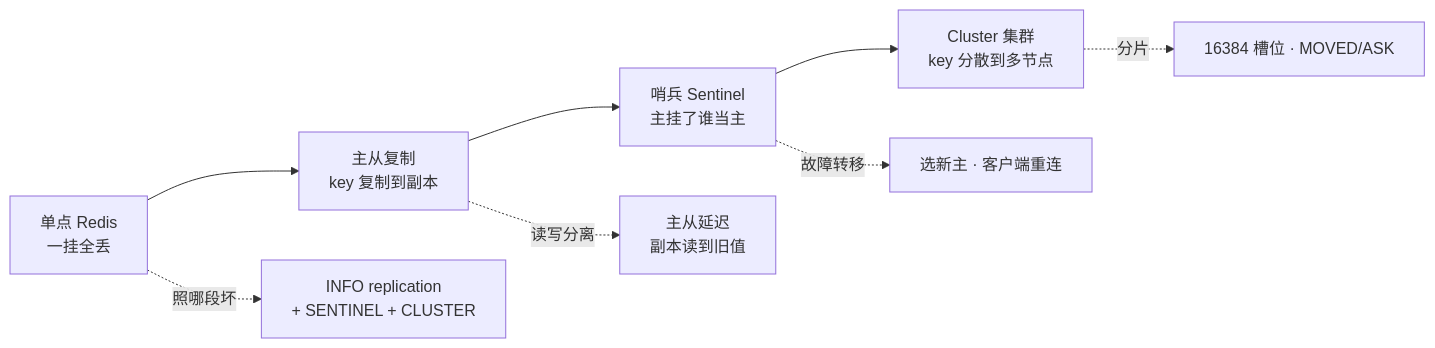
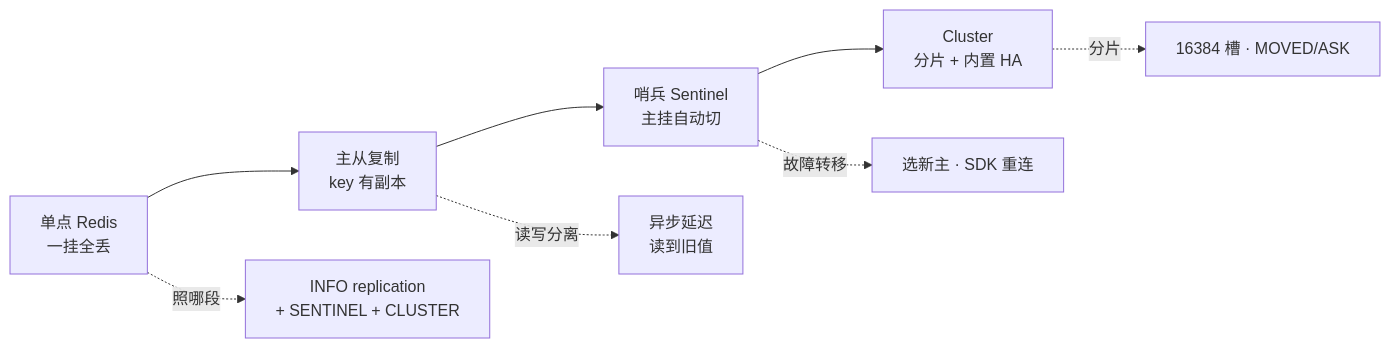
Before and after one commit to ml-cuizijun/LearnToLilith: the first of 8 diagrams in 02-中间件与数据库/02-Redis/03-高可用与集群/知识点.md, drawn with Mermaid. The commit also changed other lines of this file and 178 other files, not shown here.

````diff
--- a/02-中间件与数据库/02-Redis/03-高可用与集群/知识点.md
+++ b/02-中间件与数据库/02-Redis/03-高可用与集群/知识点.md
@@ -21,10 +15,10 @@
 ```mermaid
 flowchart LR
-    SINGLE["单点 Redis<br/>一挂全丢"] --> REPL["主从复制<br/>key 复制到副本"]
-    REPL --> SENT["哨兵 Sentinel<br/>主挂了谁当主"]
-    SENT --> CLUS["Cluster 集群<br/>key 分散到多节点"]
-    REPL -.->|读写分离| LAG["主从延迟<br/>副本读到旧值"]
-    SENT -.->|故障转移| FAILOVER["选新主 · 客户端重连"]
-    CLUS -.->|分片| SLOT["16384 槽位 · MOVED/ASK"]
-    SINGLE -.->|照哪段坏| KNIFE["INFO replication<br/>+ SENTINEL + CLUSTER"]
+    SINGLE["单点 Redis<br/>一挂全丢"] --> REPL["主从复制<br/>key 有副本"]
+    REPL --> SENT["哨兵 Sentinel<br/>主挂自动切"]
+    SENT --> CLUS["Cluster<br/>分片 + 内置 HA"]
+    REPL -.->|读写分离| LAG["异步延迟<br/>读到旧值"]
+    SENT -.->|故障转移| FAILOVER["选新主 · SDK 重连"]
+    CLUS -.->|分片| SLOT["16384 槽 · MOVED/ASK"]
+    SINGLE -.->|照哪段| KNIFE["INFO replication<br/>+ SENTINEL + CLUSTER"]
 ```
````
